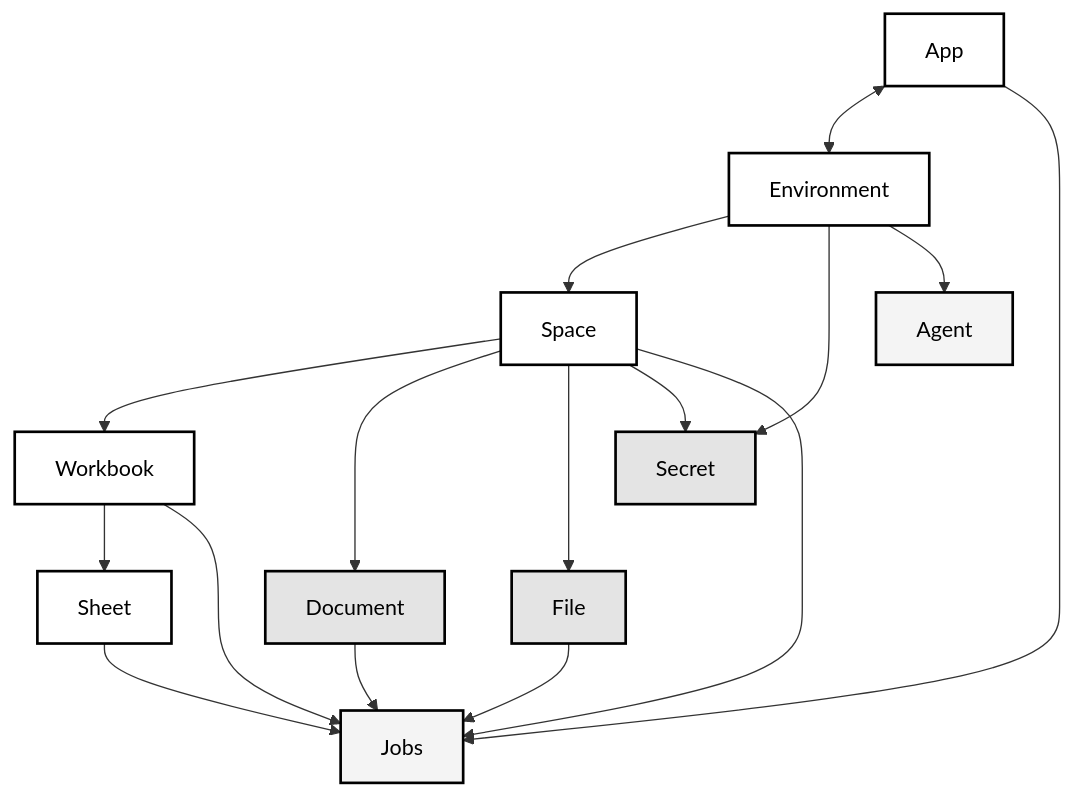
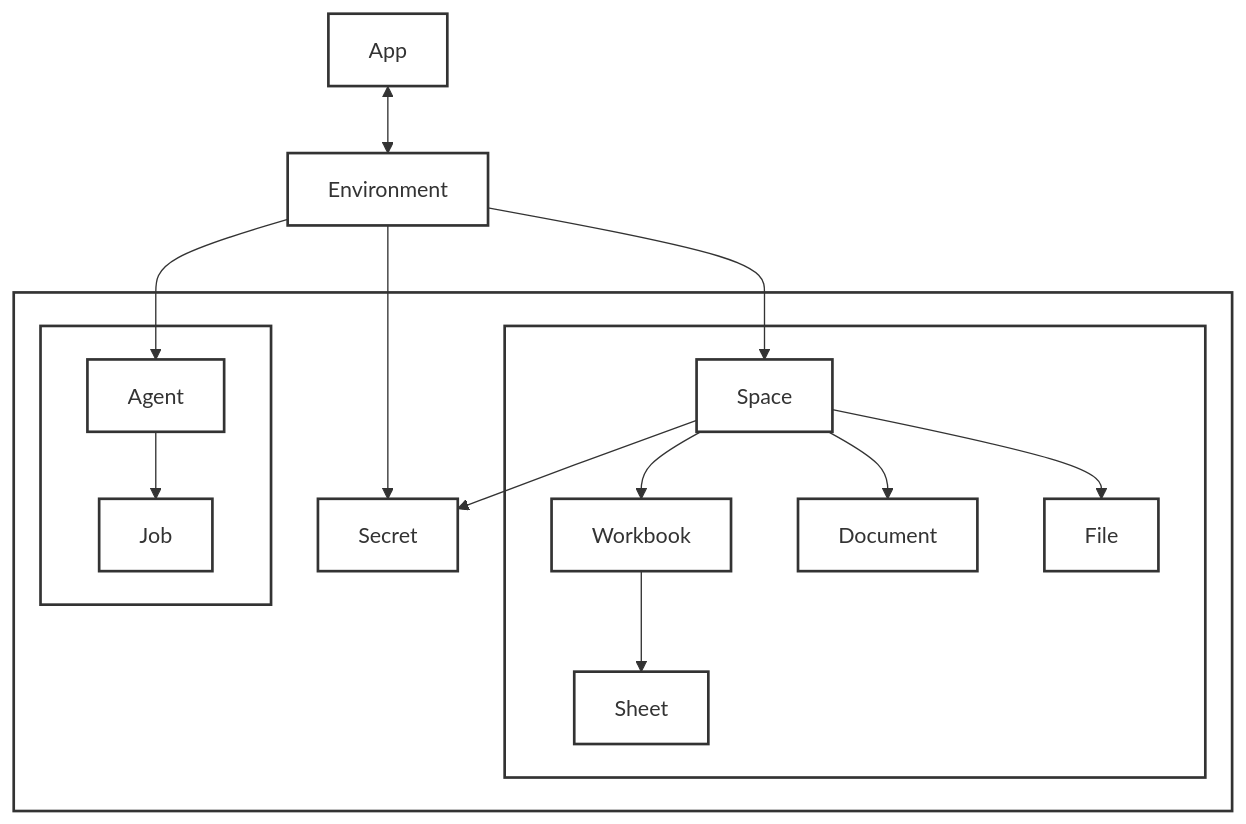
The diagram in learning-center/architecture/about.mdx (FlatFilers/Guides), drawn with Mermaid before and after one commit.

Commit message:
Update mermaid

````diff
--- a/learning-center/architecture/about.mdx
+++ b/learning-center/architecture/about.mdx
@@ -11,38 +11,46 @@
 ```mermaid
-graph TD
+flowchart TD
+    %% Node definitions
+    App[App]
+    Env[Environment]
+    
+    subgraph ENV[" "]
+        style ENV fill:none,stroke-width:2px
+        subgraph SPACE[" "]
+            style SPACE fill:none,stroke-width:2px
+            Space[Space]
+            Workbook[Workbook]
+            Document[Document]
+            File[File]
+            Sheet[Sheet]
+        end
+        
+        Secret[Secret]
+        
+        subgraph AGENT[" "]
+            style AGENT fill:none,stroke-width:2px
+            Agent[Agent]
+            Job[Job]
+        end
+    end
 
-%% Define styles
-classDef primaryNodes fill:#ffffff,stroke:#000000,color:#000000,stroke-width:2px
-classDef secondaryNodes fill:#e4e4e4,stroke:#000000,color:#000000,stroke-width:2px
-classDef specialNodes fill:#f4f4f4,stroke:#000000,color:#000000,stroke-width:2px
+    %% Relationships
+    App <--> Env
+    Env --> Space
+    Env --> Agent
+    Env --> Secret
+    Space --> Secret
+    Space --> File
+    Space --> Document
+    Space --> Workbook
+    Workbook --> Sheet
+    
+    %% Job relationships
+    Agent --> Job
 
-%% Top Level Resources with bidirectional relationship
-App <--> Environment
-
-%% Environment Resources
-Environment --> Space
-Environment --> Secret
-Environment --> Agent
-
-%% Space Resources
-Space --> Workbook
-Space --> Document
-Space --> File
-Space --> Secret
-
-%% Workbook Resources
-Workbook --> Sheet
-
-%% Jobs Relationships
-App --> Jobs
-File --> Jobs
-Workbook --> Jobs
-Sheet --> Jobs
-Space --> Jobs
-Document --> Jobs
-
-%% Apply classes
-class App,Environment,Space,Workbook,Sheet primaryNodes
-class Agent,Jobs specialNodes
-class Document,File,Secret secondaryNodes
+    %% Override default styles to remove colors
+    classDef default fill:none,stroke:#333,stroke-width:2px
+    style ENV fill:none,stroke:#333
+    style SPACE fill:none,stroke:#333
+    style AGENT fill:none,stroke:#333
 ```
````
